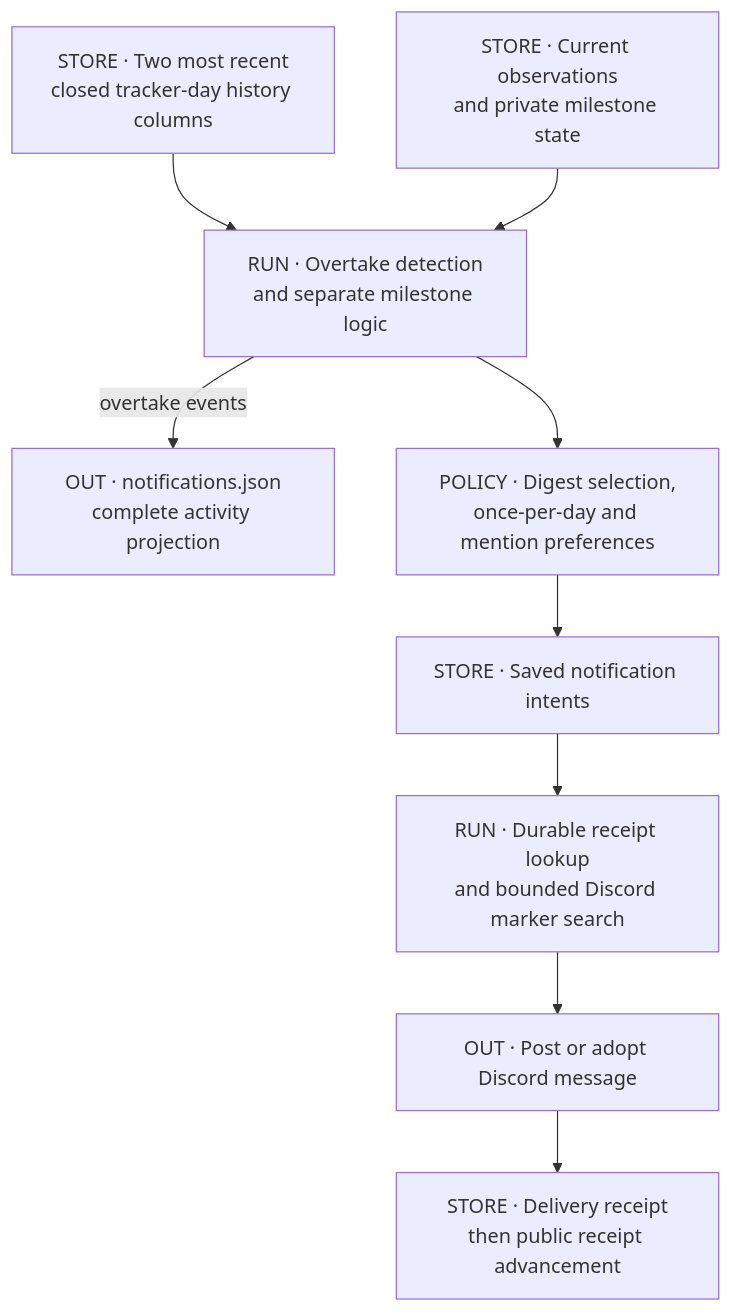
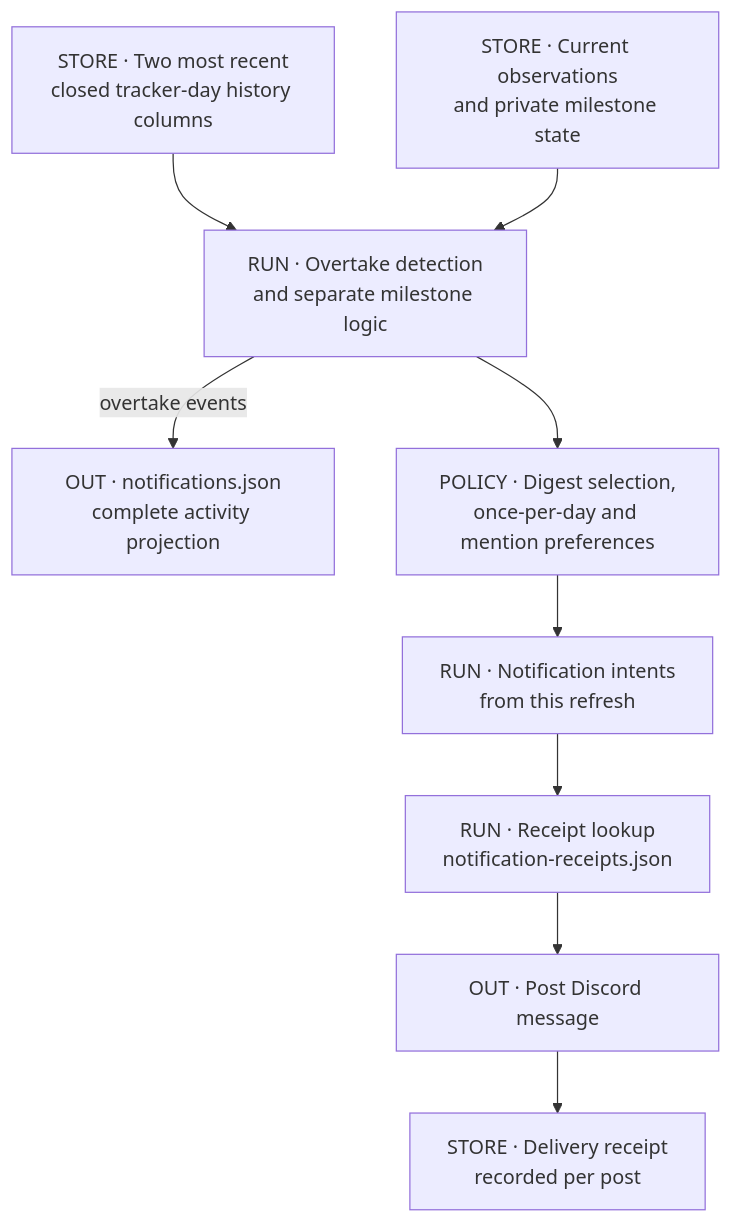
One commit to raymdl/kdm-bf6-rankings changed the fourth of 5 diagrams in atlas/REFRESH_PUBLICATION.md. Above: the diagram before and after it, drawn with Mermaid. The commit also changed other lines of this file and 10 other files, not shown here.

First line of the commit message:
Refresh the public atlas and the site guides for the 30 October changes

````diff
--- a/atlas/REFRESH_PUBLICATION.md
+++ b/atlas/REFRESH_PUBLICATION.md
@@ -99,20 +92,20 @@
 ```mermaid
 flowchart TB
   HIST["STORE · Two most recent<br/>closed tracker-day history columns"]
   DET["RUN · Overtake detection<br/>and separate milestone logic"]
   CURRENT["STORE · Current observations<br/>and private milestone state"]
   FEED["OUT · notifications.json<br/>complete activity projection"]
   POLICY["POLICY · Digest selection,<br/>once-per-day and mention preferences"]
-  INTENT["STORE · Saved notification intents"]
-  LOOK["RUN · Durable receipt lookup<br/>and bounded Discord marker search"]
-  SEND["OUT · Post or adopt Discord message"]
-  RECEIPT["STORE · Delivery receipt<br/>then public receipt advancement"]
+  INTENT["RUN · Notification intents<br/>from this refresh"]
+  LOOK["RUN · Receipt lookup<br/>notification-receipts.json"]
+  SEND["OUT · Post Discord message"]
+  RECEIPT["STORE · Delivery receipt<br/>recorded per post"]
   HIST --> DET
   CURRENT --> DET
   DET -->|"overtake events"| FEED
   DET --> POLICY
   POLICY --> INTENT
   INTENT --> LOOK
   LOOK --> SEND
   SEND --> RECEIPT
 ```
````
